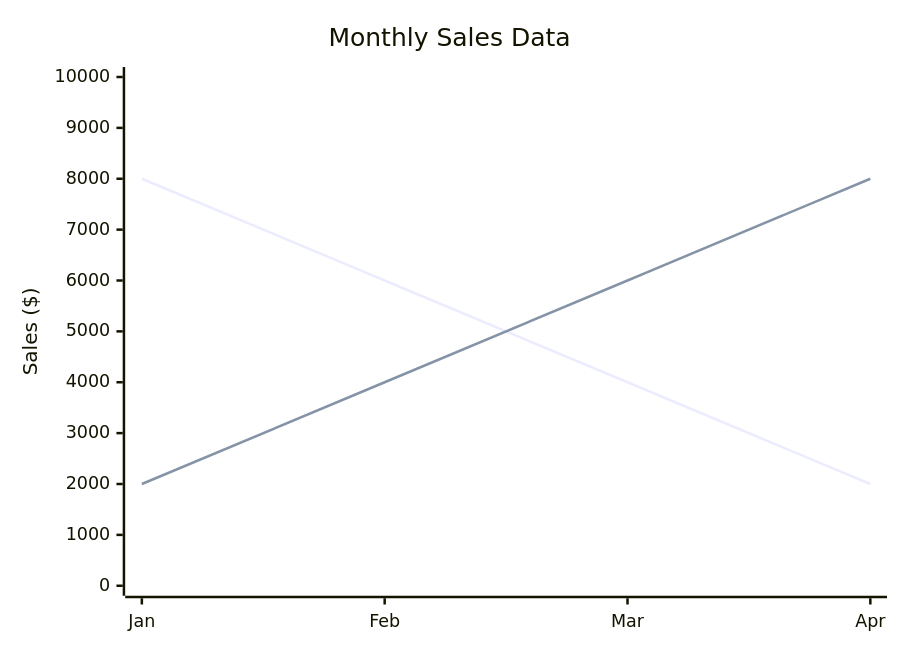
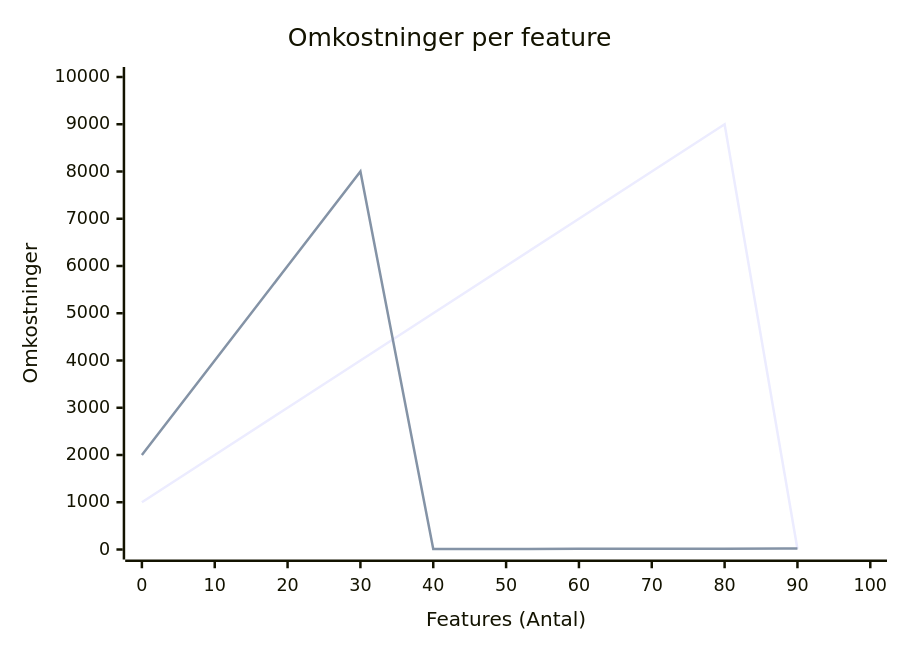
Before and after one commit to dadaPipes/dadapipes.github.io: the fourth of 4 diagrams in docs/Arkitektur.md, drawn with Mermaid. The commit also changed other lines of this file and 15 other files, not shown here.

````diff
--- a/docs/Arkitektur.md
+++ b/docs/Arkitektur.md
@@ -308,8 +415,8 @@
 ```mermaid
 xychart-beta
-  title "Monthly Sales Data"
-  x-axis [Jan, Feb, Mar, Apr]
-  y-axis "Sales ($)" 0 --> 10000
-  line [8000, 6000, 4000, 2000]
-  line [2000, 4000, 6000, 8000]
+  title "Omkostninger per feature"
+  x-axis "Features (Antal)" [0, 10, 20, 30, 40, 50, 60,70, 80, 90, 100]
+  y-axis "Omkostninger" 0 --> 10000
+  line [1000, 2000, 3000, 4000, 5000, 6000, 7000, 8000, 9000, 10.000]
+  line [2000, 4000, 6000, 8000, 10.000, 12.000, 14.000, 16.000, 18.000, 20.000]
 ```
````
